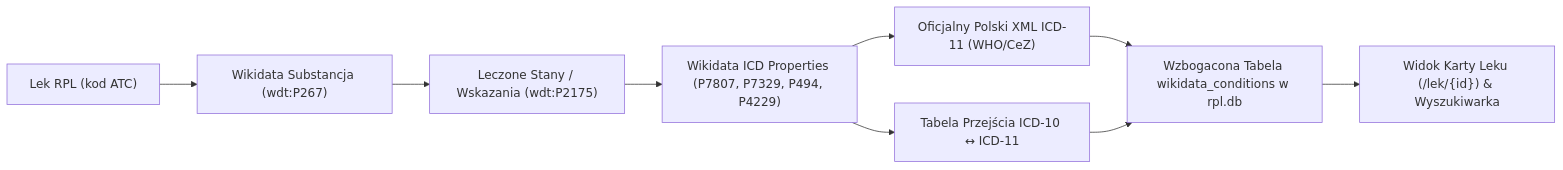
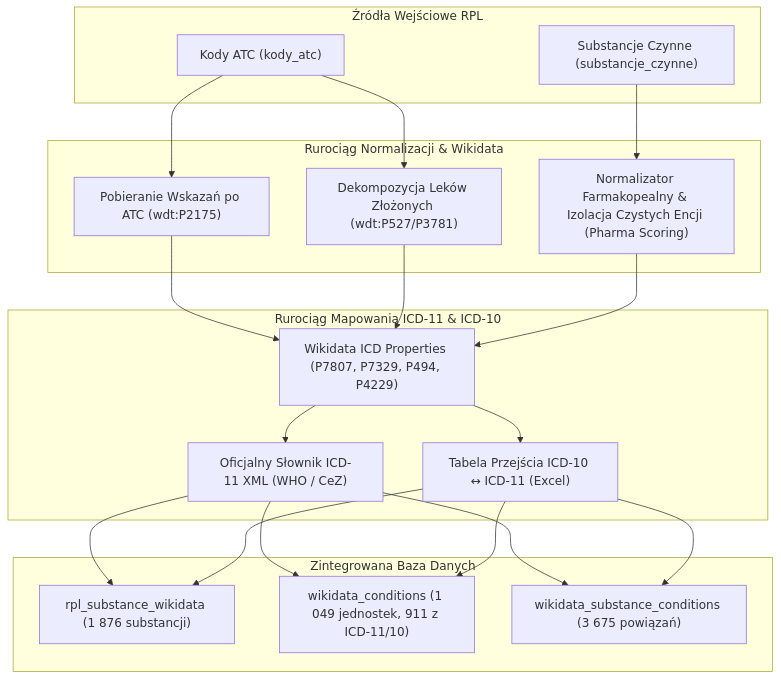
Before and after one commit to karoljarzabek0/rpl-parse: the diagram in docs/data_pipeline.md, drawn with Mermaid. The commit also changed other lines of this file and 8 other files, not shown here.

Commit message:
docs: add full documentation on active substance disambiguation, pure entity isolation, and ICD-11 pipeline

````diff
--- a/docs/data_pipeline.md
+++ b/docs/data_pipeline.md
@@ -142,11 +143,32 @@
 ```mermaid
-flowchart LR
-    A["Lek RPL (kod ATC)"] --> B["Wikidata Substancja (wdt:P267)"]
-    B --> C["Leczone Stany / Wskazania (wdt:P2175)"]
-    C --> D["Wikidata ICD Properties (P7807, P7329, P494, P4229)"]
-    D --> E["Oficjalny Polski XML ICD-11 (WHO/CeZ)"]
-    D --> F["Tabela Przejścia ICD-10 ↔ ICD-11"]
-    E --> G["Wzbogacona Tabela wikidata_conditions w rpl.db"]
-    F --> G
-    G --> H["Widok Karty Leku (/lek/{id}) & Wyszukiwarka"]
+flowchart TD
+    subgraph S1["Źródła Wejściowe RPL"]
+        A1["Kody ATC (kody_atc)"]
+        A2["Substancje Czynne (substancje_czynne)"]
+    end
+
+    subgraph S2["Rurociąg Normalizacji & Wikidata"]
+        B1["Pobieranie Wskazań po ATC (wdt:P2175)"]
+        B2["Dekompozycja Leków Złożonych (wdt:P527/P3781)"]
+        B3["Normalizator Farmakopealny & Izolacja Czystych Encji (Pharma Scoring)"]
+    end
+
+    subgraph S3["Rurociąg Mapowania ICD-11 & ICD-10"]
+        C1["Wikidata ICD Properties (P7807, P7329, P494, P4229)"]
+        C2["Oficjalny Słownik ICD-11 XML (WHO / CeZ)"]
+        C3["Tabela Przejścia ICD-10 ↔ ICD-11 (Excel)"]
+    end
+
+    subgraph S4["Zintegrowana Baza Danych"]
+        D1["rpl_substance_wikidata (1 876 substancji)"]
+        D2["wikidata_conditions (1 049 jednostek, 911 z ICD-11/10)"]
+        D3["wikidata_substance_conditions (3 675 powiązań)"]
+    end
+
+    A1 --> B1
+    A1 --> B2
+    A2 --> B3
+    B1 & B2 & B3 --> C1
+    C1 --> C2 & C3
+    C2 & C3 --> D1 & D2 & D3
 ```
````
